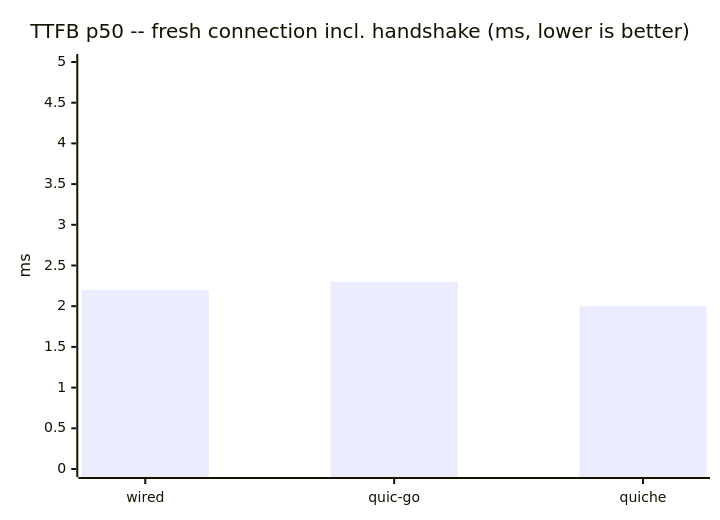
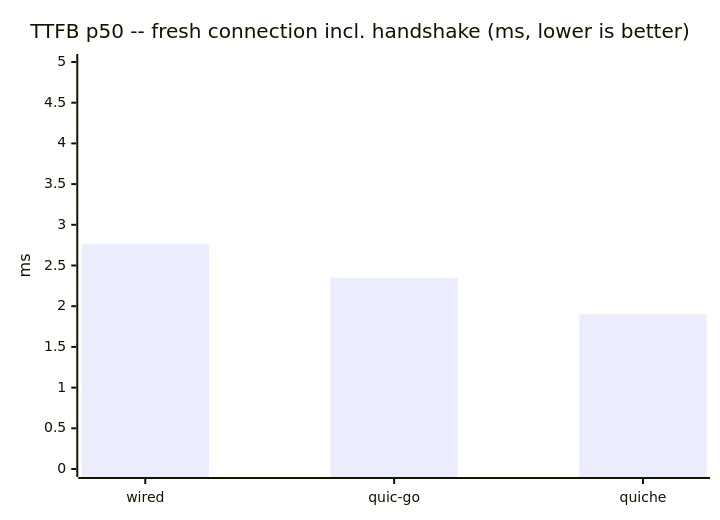
The third of 6 diagrams in docs/performance/comparison.md (Hakkadaikon/wired), drawn with Mermaid before and after one commit. The commit also changed other lines of this file, not shown here.

````diff
--- a/docs/performance/comparison.md
+++ b/docs/performance/comparison.md
@@ -231,7 +256,7 @@
 ```mermaid
 xychart-beta
     title "TTFB p50 -- fresh connection incl. handshake (ms, lower is better)"
     x-axis ["wired", "quic-go", "quiche"]
     y-axis "ms" 0 --> 5
-    bar [2.2, 2.3, 2.0]
+    bar [2.76, 2.35, 1.90]
 ```
````
